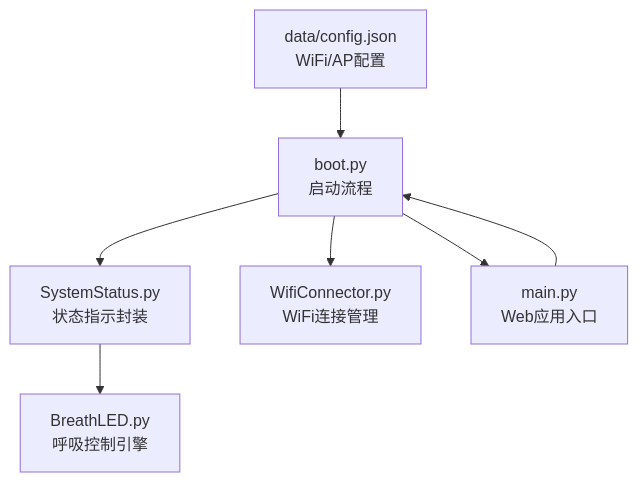
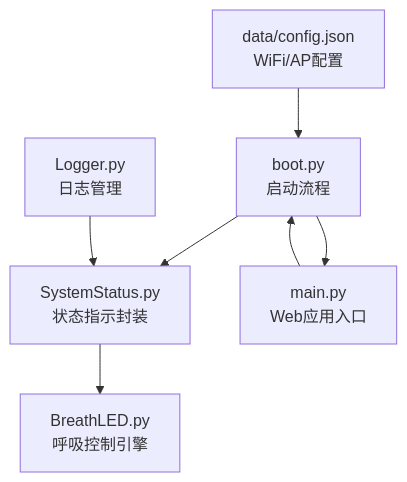
Before and after one commit to qq20739111/weilushishe-lishitai: the first of 6 diagrams in .qoder/repowiki/zh/content/核心模块/系统状态指示.md, drawn with Mermaid. The commit also changed other lines of this file and 23 other files, not shown here.

````diff
--- a/.qoder/repowiki/zh/content/核心模块/系统状态指示.md
+++ b/.qoder/repowiki/zh/content/核心模块/系统状态指示.md
@@ -33,9 +40,9 @@
 ```mermaid
 graph TB
 Boot["boot.py<br/>启动流程"] --> SysStatus["SystemStatus.py<br/>状态指示封装"]
 SysStatus --> BreathLED["BreathLED.py<br/>呼吸控制引擎"]
-Boot --> Wifi["WifiConnector.py<br/>WiFi连接管理"]
 Boot --> Main["main.py<br/>Web应用入口"]
 Main --> Boot
 Config["data/config.json<br/>WiFi/AP配置"] --> Boot
+Logger["Logger.py<br/>日志管理"] --> SysStatus
 ```
````
